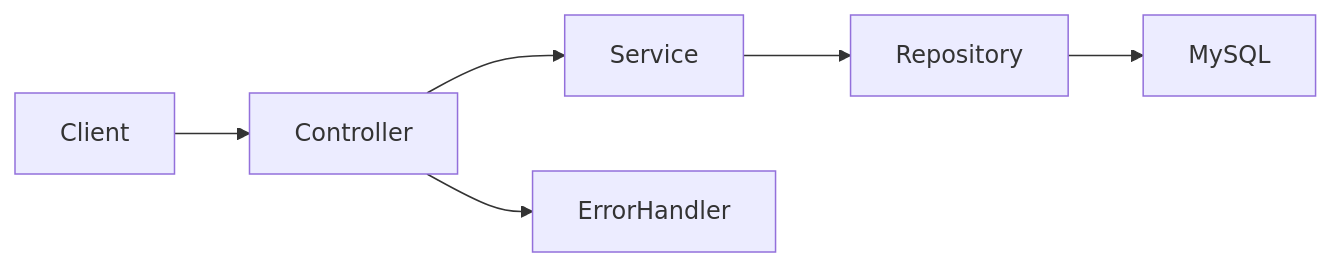
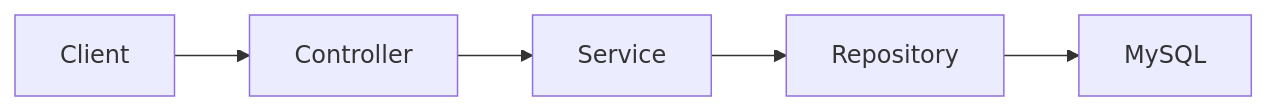
One commit to fabiozagaria/expense-tracker-api changed the diagram in README.md. Above: the diagram before and after it, drawn with Mermaid. The commit also changed other lines of this file, not shown here.

````diff
--- a/README.md
+++ b/README.md
@@ -49,8 +52,7 @@
 ```mermaid
 flowchart LR
     Client --> Controller
     Controller --> Service
     Service --> Repository
     Repository --> MySQL
-    Controller --> ErrorHandler
 ```
````
